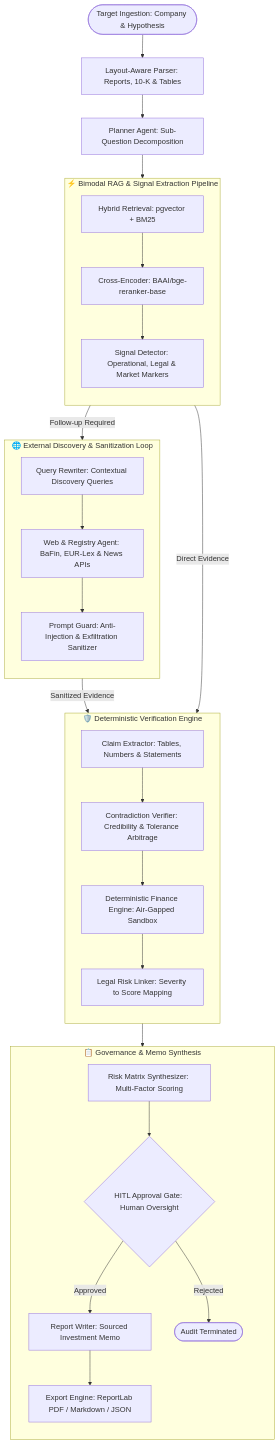
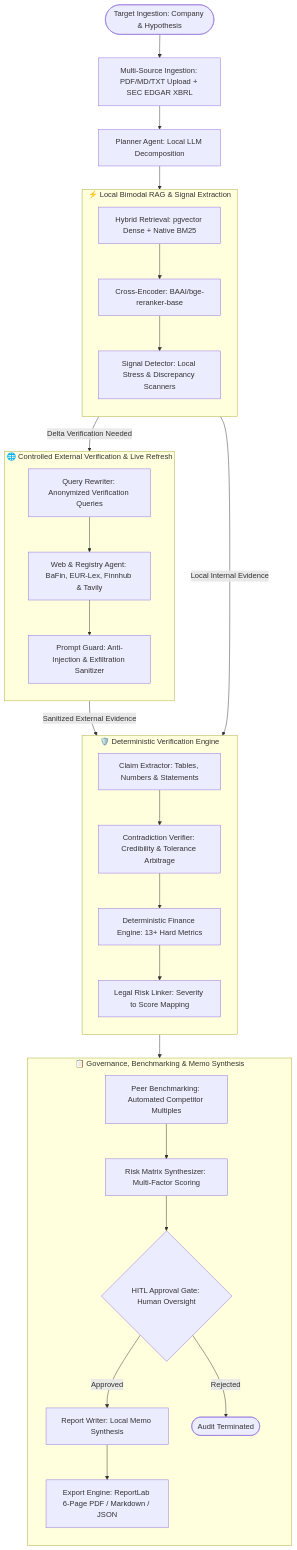
Before and after one commit to elvijslan-stack/due-diligence-analyst: the diagram in README.md, drawn with Mermaid. The commit also changed other lines of this file, not shown here.

````diff
--- a/README.md
+++ b/README.md
@@ -47,64 +101,66 @@
 ```mermaid
 flowchart TD
     Start(["Target Ingestion: Company & Hypothesis"])
-    Parser["Layout-Aware Parser: Reports, 10-K & Tables"]
-    Planner["Planner Agent: Sub-Question Decomposition"]
+    Parser["Multi-Source Ingestion: PDF/MD/TXT Upload + SEC EDGAR XBRL"]
+    Planner["Planner Agent: Local LLM Decomposition"]
 
     Start --> Parser
     Parser --> Planner
 
-    subgraph RAGSubsystem ["⚡ Bimodal RAG & Signal Extraction Pipeline"]
+    subgraph RAGSubsystem ["⚡ Local Bimodal RAG & Signal Extraction"]
         direction TB
-        HybridRAG["Hybrid Retrieval: pgvector + BM25"]
+        HybridRAG["Hybrid Retrieval: pgvector Dense + Native BM25"]
         Reranker["Cross-Encoder: BAAI/bge-reranker-base"]
-        SigDetector["Signal Detector: Operational, Legal & Market Markers"]
+        SigDetector["Signal Detector: Local Stress & Discrepancy Scanners"]
 
         HybridRAG --> Reranker
         Reranker --> SigDetector
     end
 
     Planner --> HybridRAG
 
-    subgraph DiscoveryLoop ["🌐 External Discovery & Sanitization Loop"]
+    subgraph DiscoveryLoop ["🌐 Controlled External Verification & Live Refresh"]
         direction TB
-        QueryRewriter["Query Rewriter: Contextual Discovery Queries"]
-        WebAgent["Web & Registry Agent: BaFin, EUR-Lex & News APIs"]
+        QueryRewriter["Query Rewriter: Anonymized Verification Queries"]
+        WebAgent["Web & Registry Agent: BaFin, EUR-Lex, Finnhub & Tavily"]
         PromptGuard["Prompt Guard: Anti-Injection & Exfiltration Sanitizer"]
 
         QueryRewriter --> WebAgent
         WebAgent --> PromptGuard
     end
 
-    SigDetector -->|"Follow-up Required"| QueryRewriter
+    SigDetector -->|"Delta Verification Needed"| QueryRewriter
 
     subgraph VerificationEngine ["🛡️ Deterministic Verification Engine"]
         direction TB
         ClaimExtractor["Claim Extractor: Tables, Numbers & Statements"]
         Contradiction["Contradiction Verifier: Credibility & Tolerance Arbitrage"]
-        FinanceEngine["Deterministic Finance Engine: Air-Gapped Sandbox"]
+        FinanceEngine["Deterministic Finance Engine: 13+ Hard Metrics"]
         LegalRiskLinker["Legal Risk Linker: Severity to Score Mapping"]
 
         ClaimExtractor --> Contradiction
         Contradiction --> FinanceEngine
         FinanceEngine --> LegalRiskLinker
     end
 
-    SigDetector -->|"Direct Evidence"| ClaimExtractor
-    PromptGuard -->|"Sanitized Evidence"| ClaimExtractor
+    SigDetector -->|"Local Internal Evidence"| ClaimExtractor
+    PromptGuard -->|"Sanitized External Evidence"| ClaimExtractor
 
-    subgraph SynthesisPhase ["📋 Governance & Memo Synthesis"]
+    subgraph SynthesisPhase ["📋 Governance, Benchmarking & Memo Synthesis"]
         direction TB
+        PeerEngine["Peer Benchmarking: Automated Competitor Multiples"]
         RiskScorer["Risk Matrix Synthesizer: Multi-Factor Scoring"]
         HITLGate{"HITL Approval Gate: Human Oversight"}
-        MemoWriter["Report Writer: Sourced Investment Memo"]
-        ExportEngine["Export Engine: ReportLab PDF / Markdown / JSON"]
+        MemoWriter["Report Writer: Local Memo Synthesis"]
+        ExportEngine["Export Engine: ReportLab 6-Page PDF / Markdown / JSON"]
         Terminate(["Audit Terminated"])
 
+        PeerEngine --> RiskScorer
         RiskScorer --> HITLGate
         HITLGate -->|"Approved"| MemoWriter
         HITLGate -->|"Rejected"| Terminate
         MemoWriter --> ExportEngine
     end
 
-    LegalRiskLinker --> RiskScorer
+    LegalRiskLinker --> PeerEngine
 ```
````
